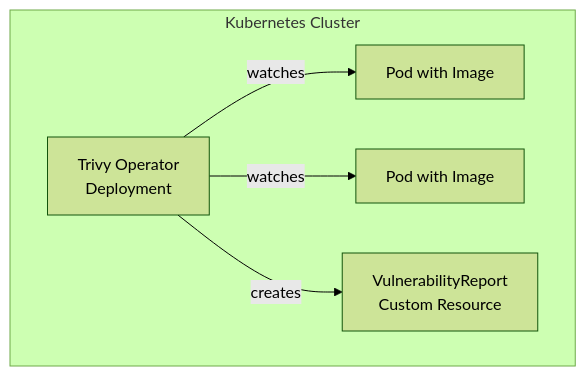
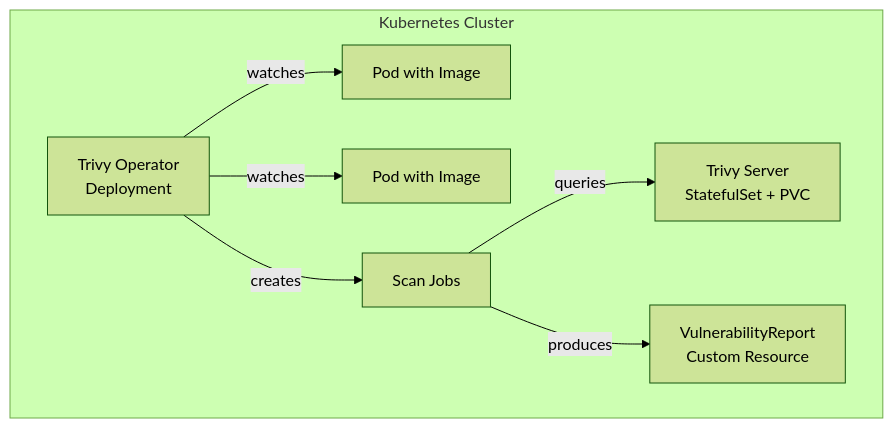
One commit to haingth77/homelab changed the diagram in k8s/apps/trivy-operator/README.md. Above: the diagram before and after it, drawn with Mermaid (forest theme). The commit also changed other lines of this file and 1 other file, not shown here.

First line of the commit message:
fix: switch trivy-operator to ClientServer mode to eliminate cache lock errors (#41)

````diff
--- a/k8s/apps/trivy-operator/README.md
+++ b/k8s/apps/trivy-operator/README.md
@@ -16,12 +16,16 @@
 ```mermaid
 flowchart TD
     subgraph cluster["Kubernetes Cluster"]
         OP[Trivy Operator<br/>Deployment]
+        TS[Trivy Server<br/>StatefulSet + PVC]
+        SJ[Scan Jobs]
         Pod1[Pod with Image]
         Pod2[Pod with Image]
         VR[VulnerabilityReport<br/>Custom Resource]
     end
     OP -->|watches| Pod1
     OP -->|watches| Pod2
-    OP -->|creates| VR
+    OP -->|creates| SJ
+    SJ -->|queries| TS
+    SJ -->|produces| VR
 ```
````
